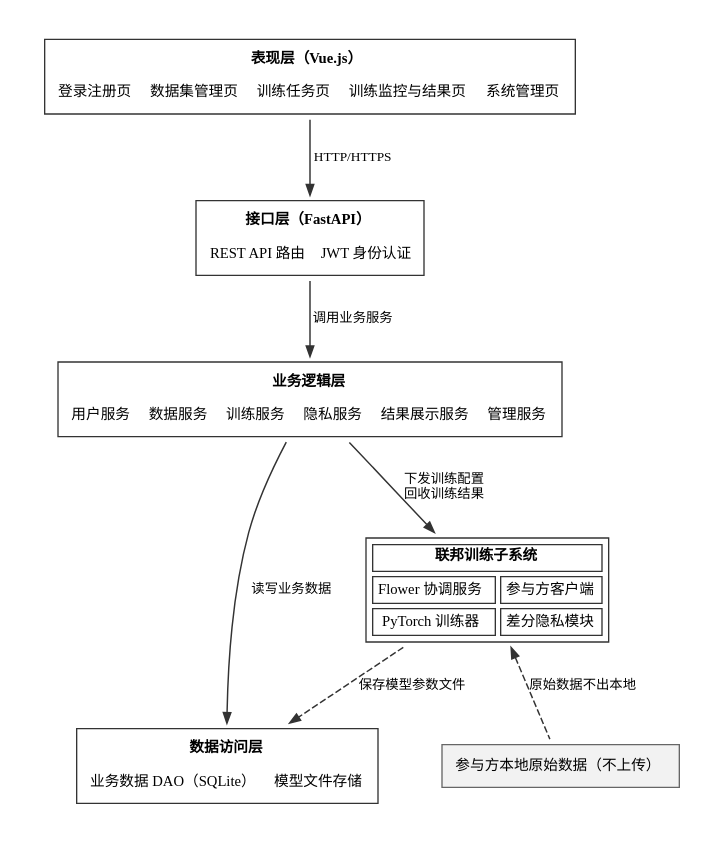
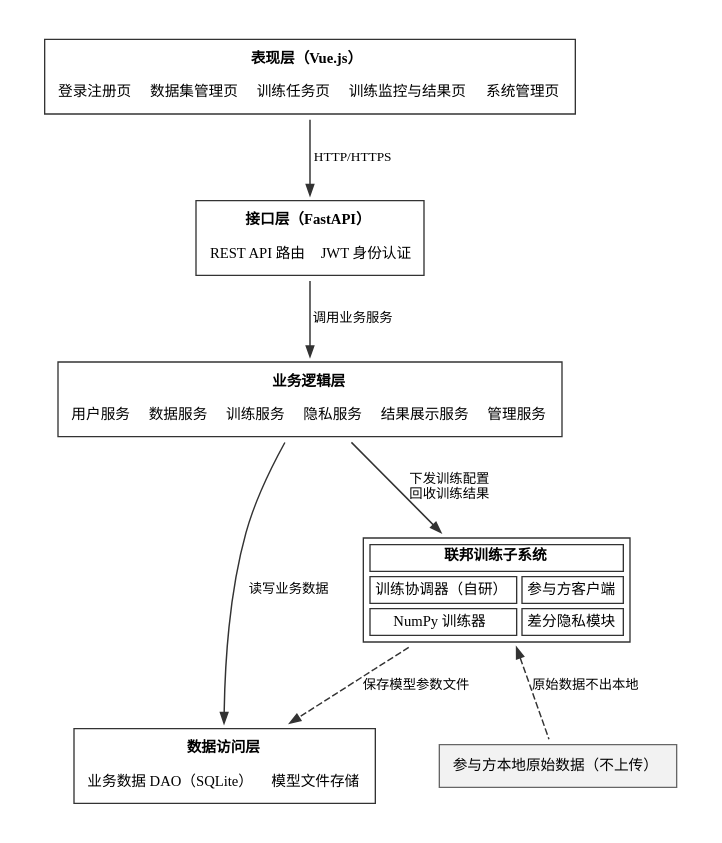
The diagram in Experiment4/uml/xitong_jiegou_tu.dot (Alanxbr/SoftwareEngineering-Lab), drawn with Graphviz before and after one commit. The commit also changed 12 other files, not shown here.

Commit message:
docs(experiment2/4/5): 设计文档与图源同步实现

```diff
--- a/Experiment4/uml/xitong_jiegou_tu.dot
+++ b/Experiment4/uml/xitong_jiegou_tu.dot
@@ -1,56 +1,56 @@
 digraph jiegou {
   graph [rankdir=TB, splines=spline, nodesep=0.45, ranksep=0.62,
          fontname="Microsoft YaHei", fontsize=12, pad=0.25, charset="UTF-8"];
   node  [fontname="Microsoft YaHei", fontsize=11, shape=plaintext];
   edge  [fontname="Microsoft YaHei", fontsize=10, color="#333333", penwidth=1.1,
          arrowsize=0.8];
 
   PL [label=<
     <TABLE BORDER="1" CELLBORDER="0" CELLSPACING="6" CELLPADDING="3" COLOR="#333333">
       <TR><TD COLSPAN="5"><B>表现层（Vue.js）</B></TD></TR>
       <TR>
         <TD>登录注册页</TD><TD>数据集管理页</TD><TD>训练任务页</TD>
         <TD>训练监控与结果页</TD><TD>系统管理页</TD>
       </TR>
     </TABLE>>];
 
   IL [label=<
     <TABLE BORDER="1" CELLBORDER="0" CELLSPACING="6" CELLPADDING="3" COLOR="#333333">
       <TR><TD COLSPAN="2"><B>接口层（FastAPI）</B></TD></TR>
       <TR><TD>REST API 路由</TD><TD>JWT 身份认证</TD></TR>
     </TABLE>>];
 
   BL [label=<
     <TABLE BORDER="1" CELLBORDER="0" CELLSPACING="6" CELLPADDING="3" COLOR="#333333">
       <TR><TD COLSPAN="6"><B>业务逻辑层</B></TD></TR>
       <TR>
         <TD>用户服务</TD><TD>数据服务</TD><TD>训练服务</TD>
         <TD>隐私服务</TD><TD>结果展示服务</TD><TD>管理服务</TD>
       </TR>
     </TABLE>>];
 
   DL [label=<
     <TABLE BORDER="1" CELLBORDER="0" CELLSPACING="6" CELLPADDING="3" COLOR="#333333">
       <TR><TD COLSPAN="2"><B>数据访问层</B></TD></TR>
       <TR><TD>业务数据 DAO（SQLite）</TD><TD>模型文件存储</TD></TR>
     </TABLE>>];
 
   FL [label=<
     <TABLE BORDER="1" CELLBORDER="1" CELLSPACING="4" CELLPADDING="3" COLOR="#333333">
       <TR><TD COLSPAN="2"><B>联邦训练子系统</B></TD></TR>
-      <TR><TD>Flower 协调服务</TD><TD>参与方客户端</TD></TR>
-      <TR><TD>PyTorch 训练器</TD><TD>差分隐私模块</TD></TR>
+      <TR><TD>训练协调器（自研）</TD><TD>参与方客户端</TD></TR>
+      <TR><TD>NumPy 训练器</TD><TD>差分隐私模块</TD></TR>
     </TABLE>>];
 
   LOCAL [label=<
     <TABLE BORDER="1" CELLBORDER="0" CELLSPACING="6" CELLPADDING="3" COLOR="#666666" BGCOLOR="#F2F2F2">
       <TR><TD>参与方本地原始数据（不上传）</TD></TR>
     </TABLE>>];
 
   PL -> IL [label=" HTTP/HTTPS "];
   IL -> BL [label=" 调用业务服务 "];
   BL -> DL [label=" 读写业务数据 "];
   BL -> FL [label=" 下发训练配置\n回收训练结果 "];
   FL -> LOCAL [label=" 原始数据不出本地 ", dir=back, style=dashed];
   FL -> DL [label=" 保存模型参数文件 ", style=dashed];
 }
```
